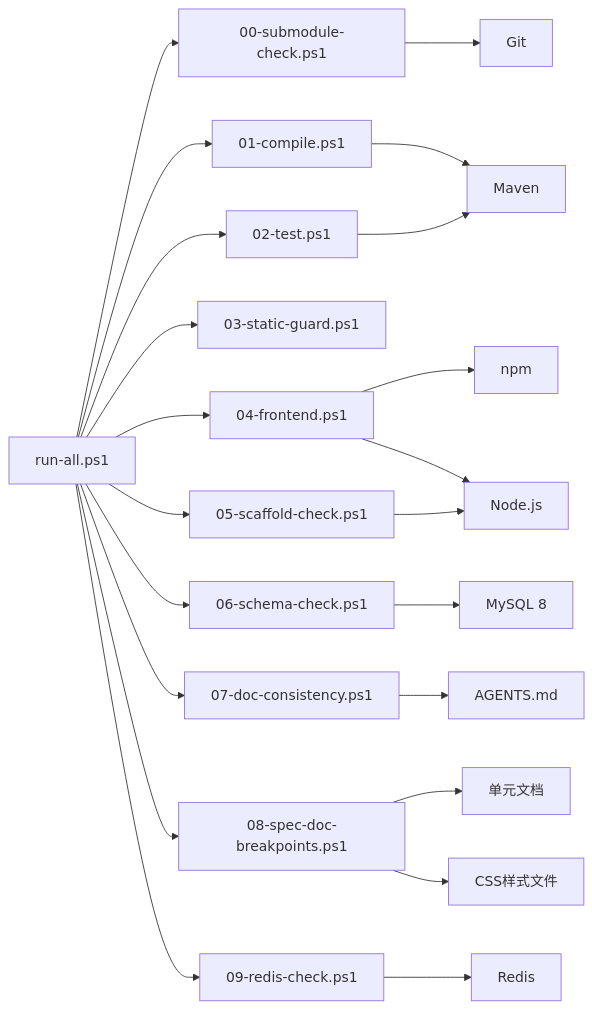
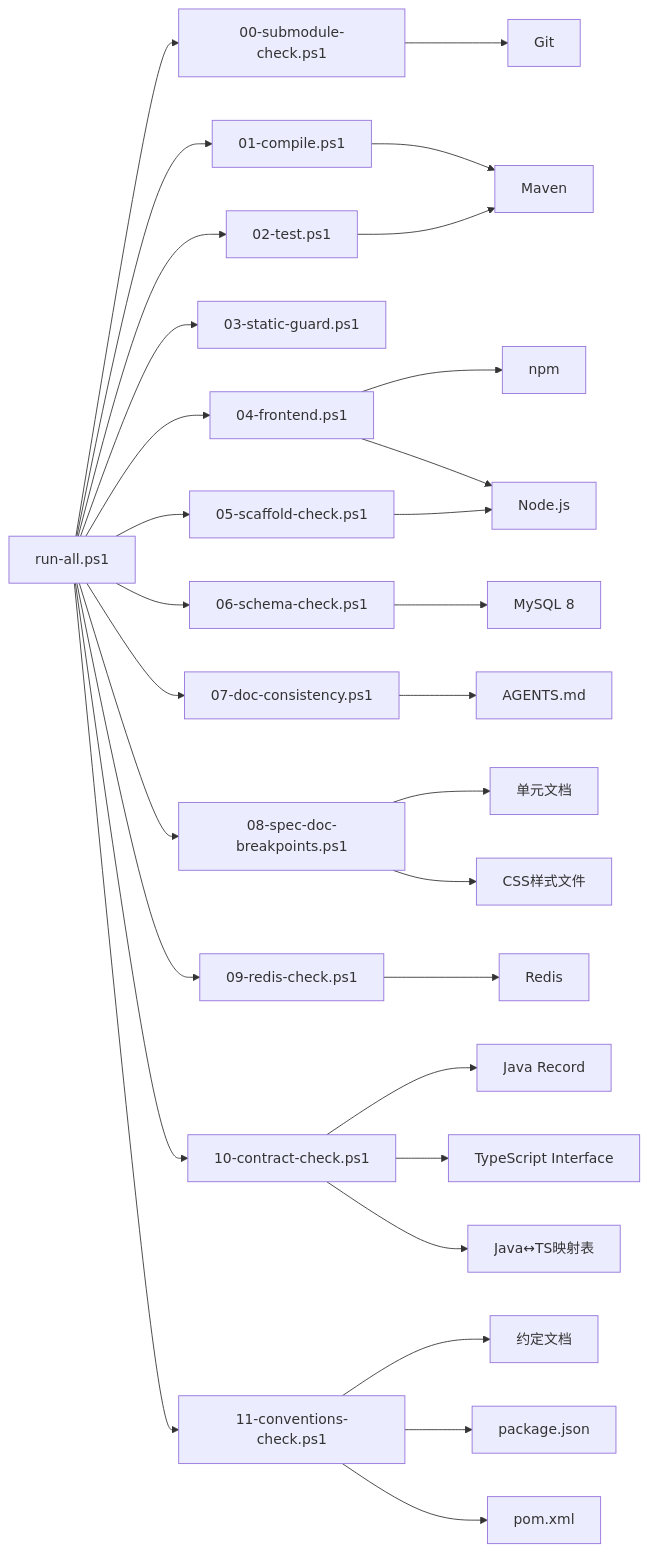
Before and after one commit to luyitiger6/my-first-project: diagram 15 of 15 in .qoder/repowiki/zh/content/自动化验证/自动化验证.md, drawn with Mermaid. The commit also changed other lines of this file and 54 other files, not shown here.

````diff
--- a/.qoder/repowiki/zh/content/自动化验证/自动化验证.md
+++ b/.qoder/repowiki/zh/content/自动化验证/自动化验证.md
@@ -642,24 +842,32 @@
 ```mermaid
 graph LR
 RunAll["run-all.ps1"] --> Submodule["00-submodule-check.ps1"]
 RunAll --> Compile["01-compile.ps1"]
 RunAll --> TestGate["02-test.ps1"]
 RunAll --> StaticGuard["03-static-guard.ps1"]
 RunAll --> Frontend["04-frontend.ps1"]
 RunAll --> Scaffold["05-scaffold-check.ps1"]
 RunAll --> SchemaCheck["06-schema-check.ps1"]
 RunAll --> DocConsistency["07-doc-consistency.ps1"]
 RunAll --> SpecBreakpoints["08-spec-doc-breakpoints.ps1"]
 RunAll --> RedisCheck["09-redis-check.ps1"]
+RunAll --> ContractCheck["10-contract-check.ps1"]
+RunAll --> ConventionsCheck["11-conventions-check.ps1"]
 Compile --> Maven["Maven"]
 TestGate --> Maven
 Frontend --> Npm["npm"]
 Frontend --> Node["Node.js"]
 Scaffold --> Node
 Submodule --> Git["Git"]
 SchemaCheck --> MySQL["MySQL 8"]
 RedisCheck --> Redis["Redis"]
+ContractCheck --> Java["Java Record"]
+ContractCheck --> TypeScript["TypeScript Interface"]
+ContractCheck --> MappingTable["Java↔TS映射表"]
 DocConsistency --> AGENTS["AGENTS.md"]
 SpecBreakpoints --> Docs["单元文档"]
 SpecBreakpoints --> CSS["CSS样式文件"]
+ConventionsCheck --> ConventionsDocs["约定文档"]
+ConventionsCheck --> PackageJson["package.json"]
+ConventionsCheck --> PomXml["pom.xml"]
 ```
````
